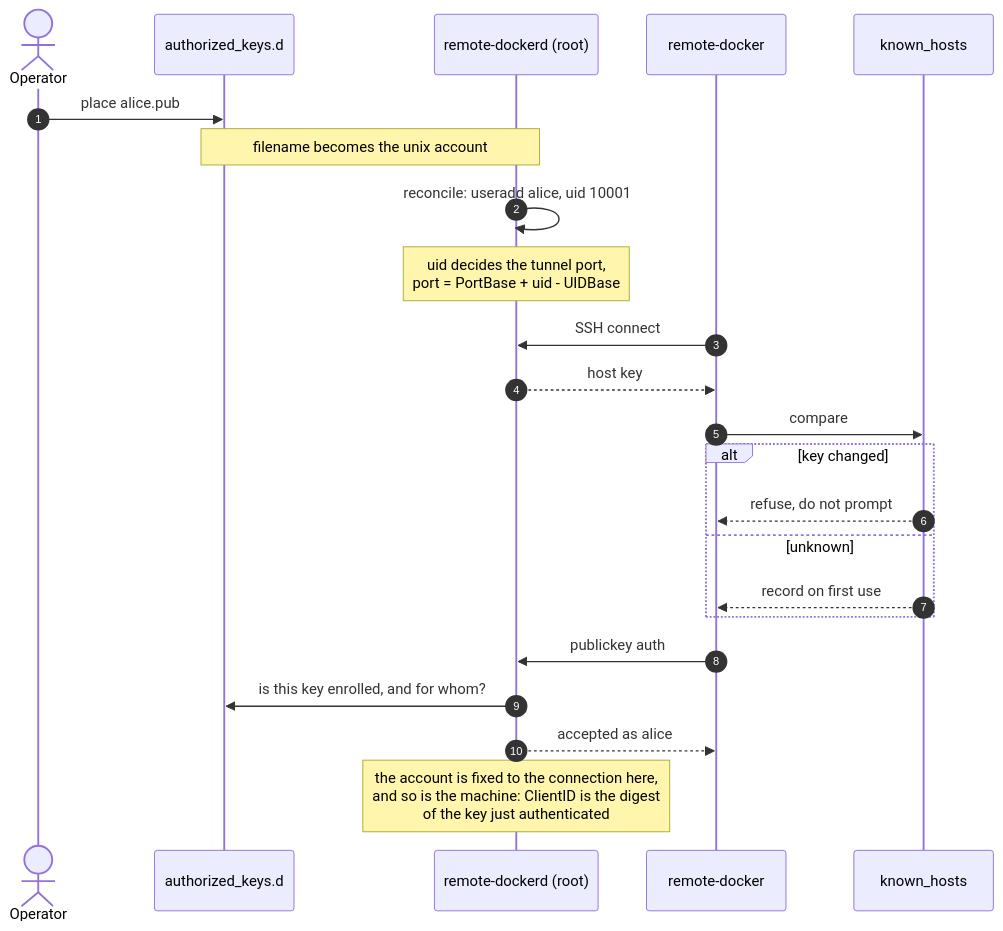
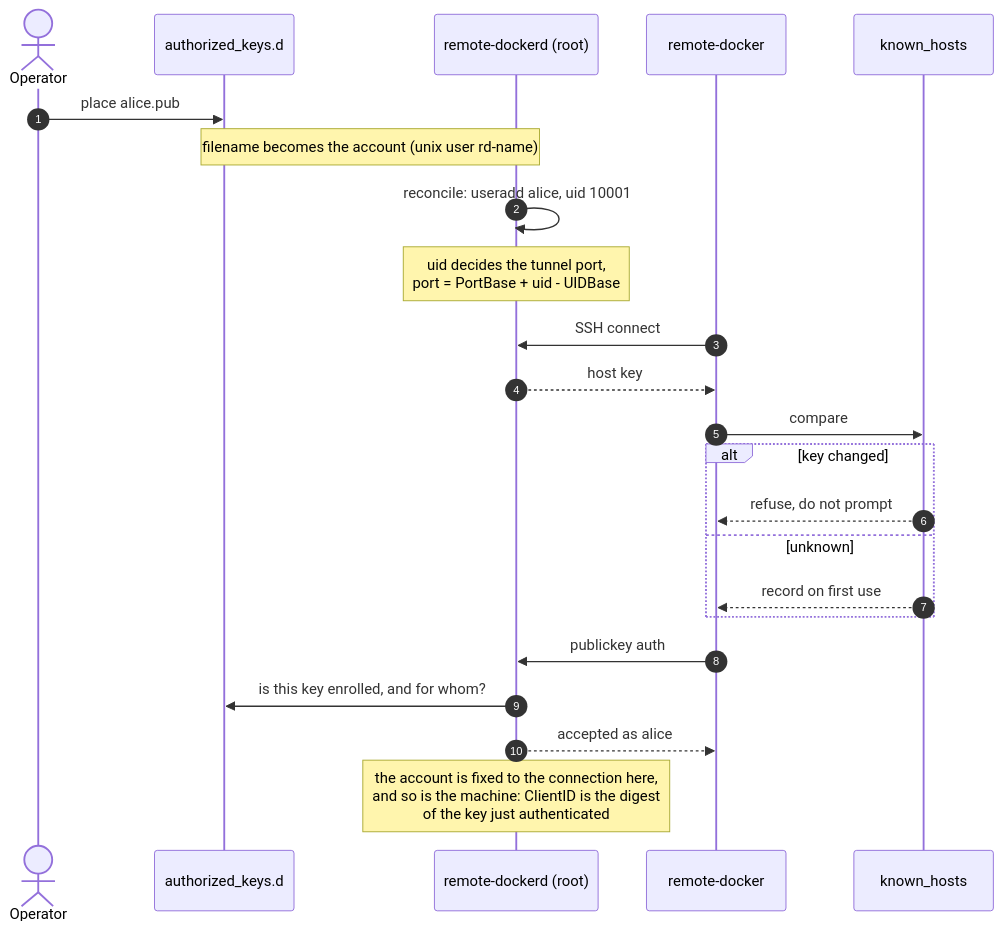
One commit to lhns/remote-docker changed the second of 11 diagrams in docs/threat-model.md. Above: the diagram before and after it, drawn with Mermaid. The commit also changed other lines of this file and 41 other files, not shown here.

````diff
--- a/docs/threat-model.md
+++ b/docs/threat-model.md
@@ -112,27 +112,27 @@
 ```mermaid
 sequenceDiagram
     autonumber
     actor Op as Operator
     participant Keys as authorized_keys.d
     participant Agent as remote-dockerd (root)
     participant Client as remote-docker
     participant KH as known_hosts
 
     Op->>Keys: place alice.pub
-    Note over Keys,Agent: filename becomes the unix account
+    Note over Keys,Agent: filename becomes the account (unix user rd-name)
     Agent->>Agent: reconcile: useradd alice, uid 10001
     Note over Agent: uid decides the tunnel port,<br/>port = PortBase + uid - UIDBase
 
     Client->>Agent: SSH connect
     Agent-->>Client: host key
     Client->>KH: compare
     alt key changed
         KH-->>Client: refuse, do not prompt
     else unknown
         KH-->>Client: record on first use
     end
     Client->>Agent: publickey auth
     Agent->>Keys: is this key enrolled, and for whom?
     Agent-->>Client: accepted as alice
     Note over Agent: the account is fixed to the connection here,<br/>and so is the machine: ClientID is the digest<br/>of the key just authenticated
 ```
````
